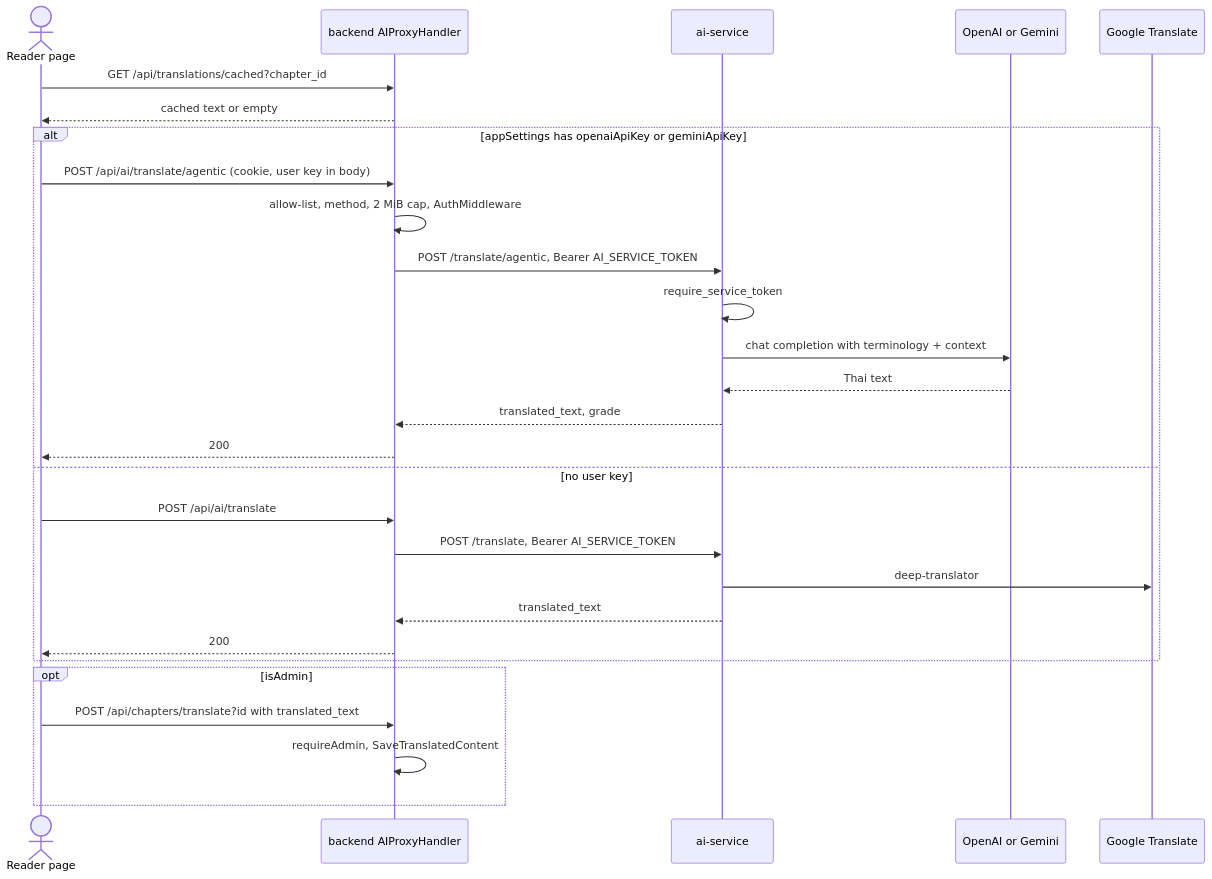
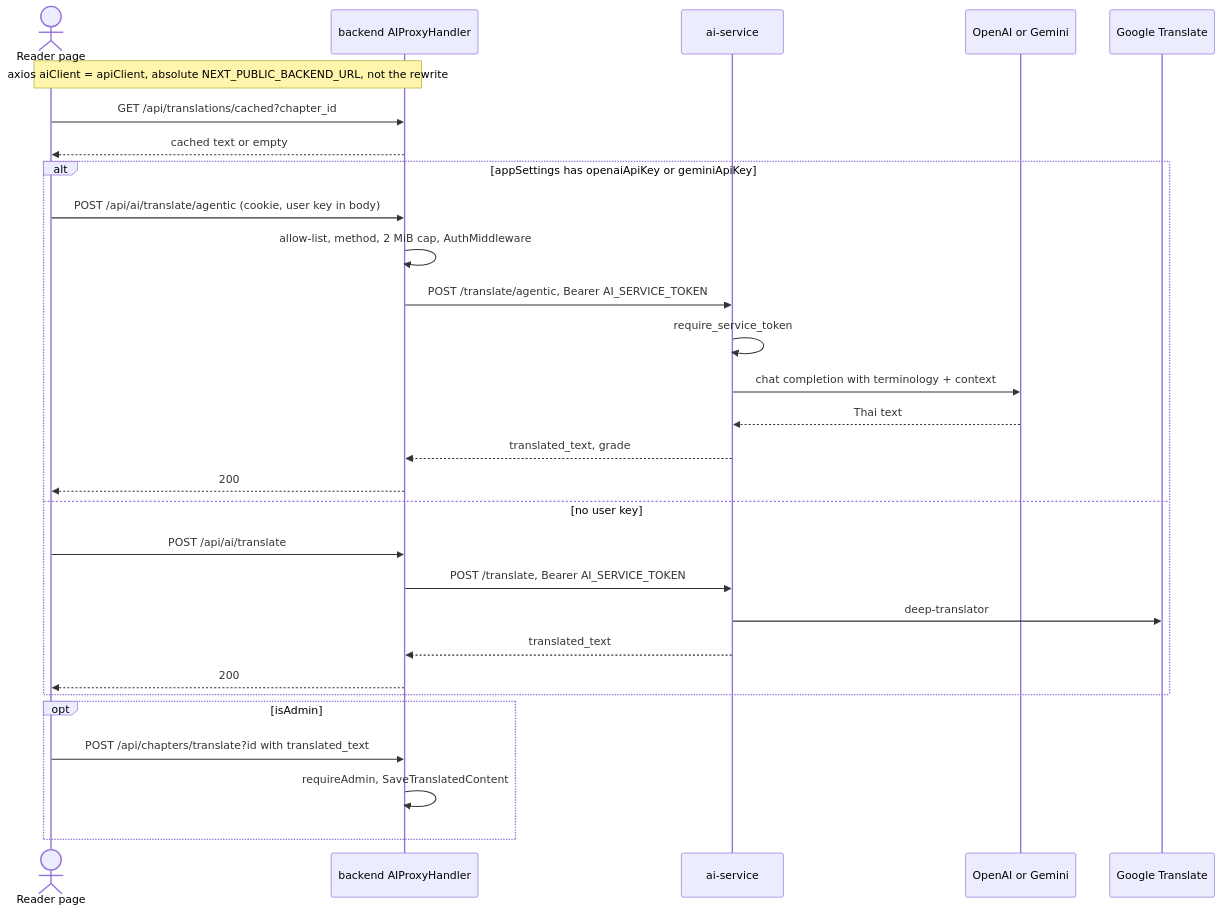
Before and after one commit to bookchaowalit-website/content-bookreading: the third of 5 diagrams in docs/diagrams/10-sequences.md, drawn with Mermaid. The commit also changed other lines of this file and 7 other files, not shown here.

First line of the commit message:
docs: separate direct axios calls from the Next.js /api rewrite

````diff
--- a/docs/diagrams/10-sequences.md
+++ b/docs/diagrams/10-sequences.md
@@ -42,31 +58,32 @@
 ```mermaid
 sequenceDiagram
     actor U as Reader page
     participant BE as backend AIProxyHandler
     participant AI as ai-service
     participant LLM as OpenAI or Gemini
     participant G as Google Translate
 
+    Note over U,BE: axios aiClient = apiClient, absolute NEXT_PUBLIC_BACKEND_URL, not the rewrite
     U->>BE: GET /api/translations/cached?chapter_id
     BE-->>U: cached text or empty
     alt appSettings has openaiApiKey or geminiApiKey
         U->>BE: POST /api/ai/translate/agentic (cookie, user key in body)
         BE->>BE: allow-list, method, 2 MiB cap, AuthMiddleware
         BE->>AI: POST /translate/agentic, Bearer AI_SERVICE_TOKEN
         AI->>AI: require_service_token
         AI->>LLM: chat completion with terminology + context
         LLM-->>AI: Thai text
         AI-->>BE: translated_text, grade
         BE-->>U: 200
     else no user key
         U->>BE: POST /api/ai/translate
         BE->>AI: POST /translate, Bearer AI_SERVICE_TOKEN
         AI->>G: deep-translator
         AI-->>BE: translated_text
         BE-->>U: 200
     end
     opt isAdmin
         U->>BE: POST /api/chapters/translate?id with translated_text
         BE->>BE: requireAdmin, SaveTranslatedContent
     end
 ```
````
